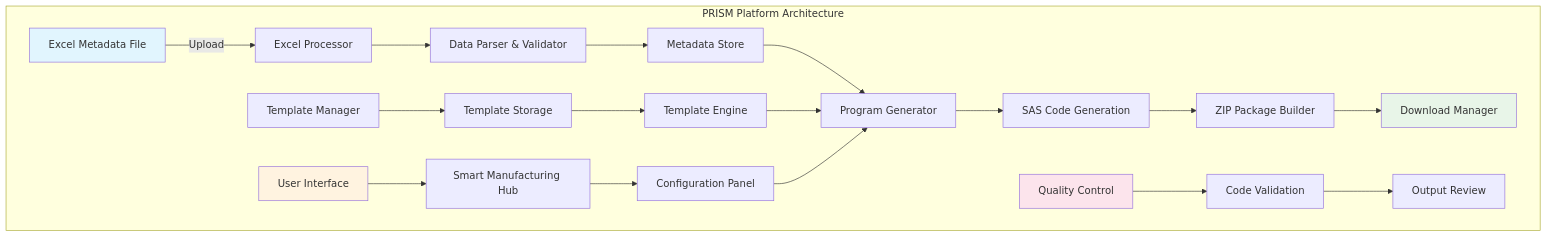
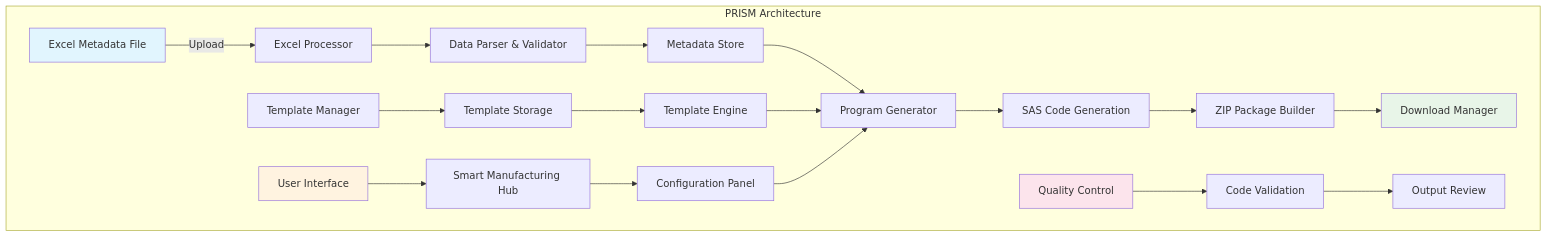
The first of 2 diagrams in README.md (j-yang/prism), drawn with Mermaid before and after one commit. The commit also changed other lines of this file and 8 other files, not shown here.

````diff
--- a/README.md
+++ b/README.md
@@ -28,29 +28,29 @@
 ```mermaid
 graph TB
-    subgraph "PRISM Platform Architecture"
+    subgraph "PRISM Architecture"
         A[Excel Metadata File] -->|Upload| B[Excel Processor]
         B --> C[Data Parser & Validator]
         C --> D[Metadata Store]
         
         E[Template Manager] --> F[Template Storage]
         F --> G[Template Engine]
         
         D --> H[Program Generator]
         G --> H
         H --> I[SAS Code Generation]
         I --> J[ZIP Package Builder]
         J --> K[Download Manager]
         
         L[User Interface] --> M[Smart Manufacturing Hub]
         M --> N[Configuration Panel]
         N --> H
         
         O[Quality Control] --> P[Code Validation]
         P --> Q[Output Review]
     end
     
     style A fill:#e1f5fe
     style K fill:#e8f5e8
     style L fill:#fff3e0
     style O fill:#fce4ec
 ```
````
